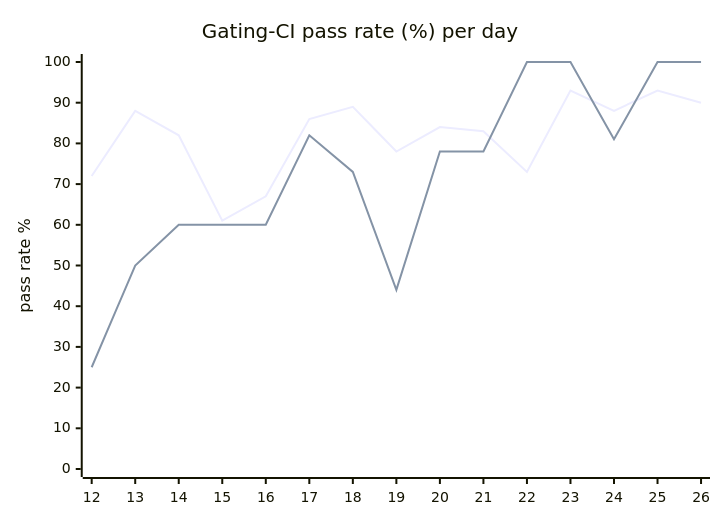
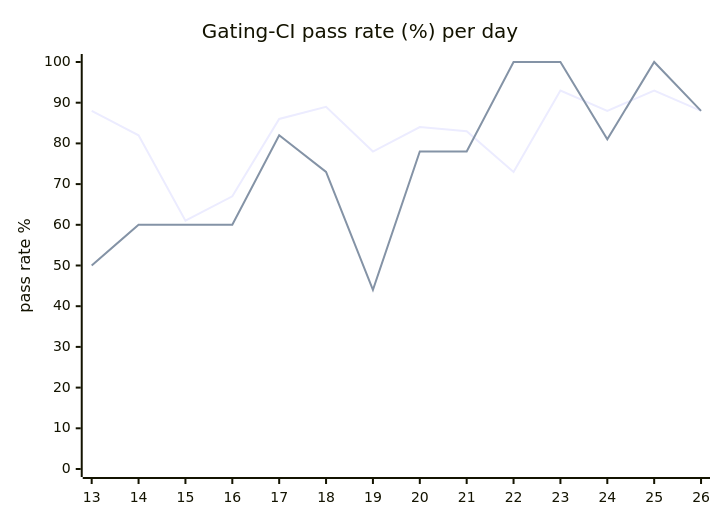
Before and after one commit to hatchet-dev/hatchet: the diagram in hack/ci/ci-dashboard/staging/issue.md, drawn with Mermaid. The commit also changed other lines of this file, not shown here.

````diff
--- a/hack/ci/ci-dashboard/staging/issue.md
+++ b/hack/ci/ci-dashboard/staging/issue.md
@@ -9,8 +9,8 @@
 ```mermaid
 xychart-beta
   title "Gating-CI pass rate (%) per day"
-  x-axis [12, 13, 14, 15, 16, 17, 18, 19, 20, 21, 22, 23, 24, 25, 26]
+  x-axis [13, 14, 15, 16, 17, 18, 19, 20, 21, 22, 23, 24, 25, 26]
   y-axis "pass rate %" 0 --> 100
-  line "CI" [72, 88, 82, 61, 67, 86, 89, 78, 84, 83, 73, 93, 88, 93, 90]
-  line "main" [25, 50, 60, 60, 60, 82, 73, 44, 78, 78, 100, 100, 81, 100, 100]
+  line "CI" [88, 82, 61, 67, 86, 89, 78, 84, 83, 73, 93, 88, 93, 88]
+  line "main" [50, 60, 60, 60, 82, 73, 44, 78, 78, 100, 100, 81, 100, 88]
 ```
````
